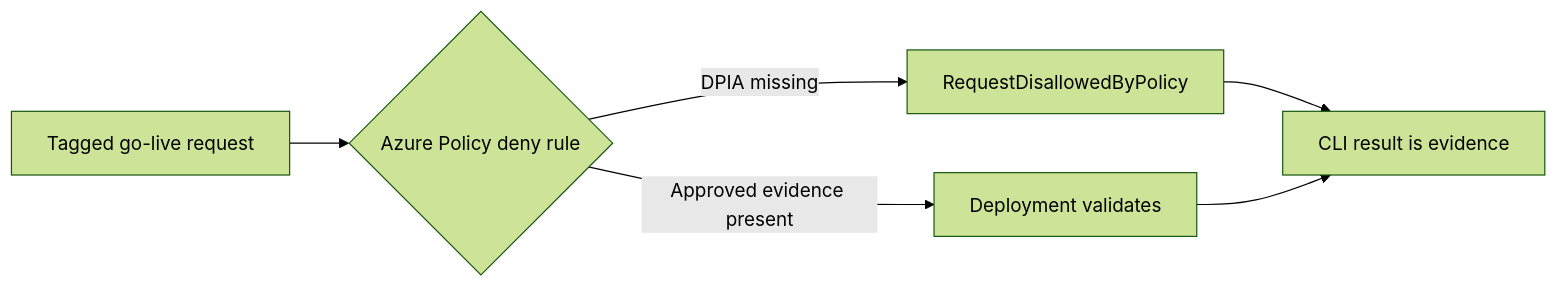
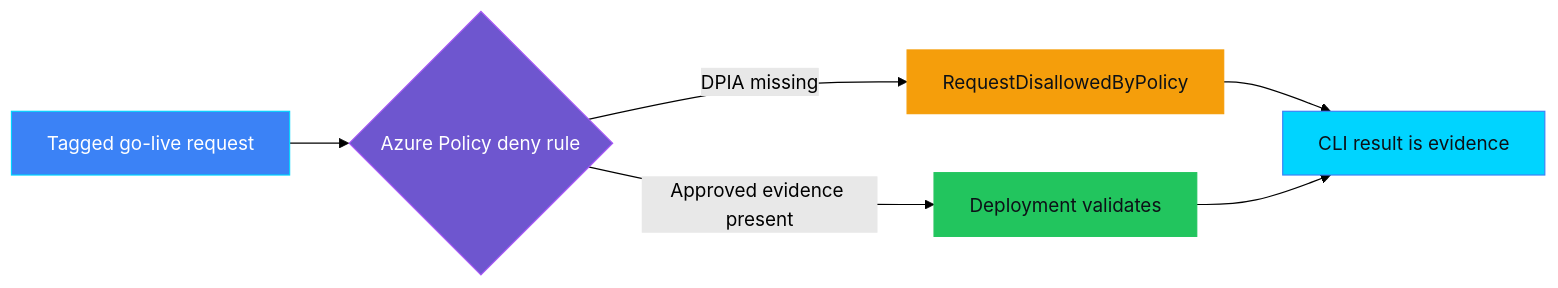
One commit to doruit/forged-with-foundry changed the first of 2 diagrams in controls/privacy/PRI-PRE-001_dpia_required_but_missing/README.md. Above: the diagram before and after it, drawn with Mermaid (forest theme). The commit also changed other lines of this file and 8 other files, not shown here.

````diff
--- a/controls/privacy/PRI-PRE-001_dpia_required_but_missing/README.md
+++ b/controls/privacy/PRI-PRE-001_dpia_required_but_missing/README.md
@@ -89,8 +96,21 @@
 ```mermaid
 flowchart LR
   R[Tagged go-live request] --> P{Azure Policy deny rule}
   P -->|DPIA missing| D[RequestDisallowedByPolicy]
   P -->|Approved evidence present| V[Deployment validates]
   D --> E[CLI result is evidence]
   V --> E
+
+  classDef governance fill:#6E56CF,stroke:#A855F7,color:#FFFFFF
+  classDef platform fill:#3B82F6,stroke:#00D4FF,color:#FFFFFF
+  classDef evidence fill:#00D4FF,stroke:#3B82F6,color:#0D1117
+  classDef intelligence fill:#A855F7,stroke:#6E56CF,color:#FFFFFF
+  classDef neutral fill:#1F2937,stroke:#6E56CF,color:#FFFFFF
+  classDef success fill:#22C55E,stroke:#22C55E,color:#0D1117
+  classDef attention fill:#F59E0B,stroke:#F59E0B,color:#0D1117
+  class R platform
+  class P governance
+  class D attention
+  class V success
+  class E evidence
 ```
````
